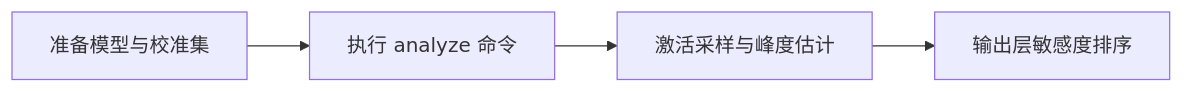
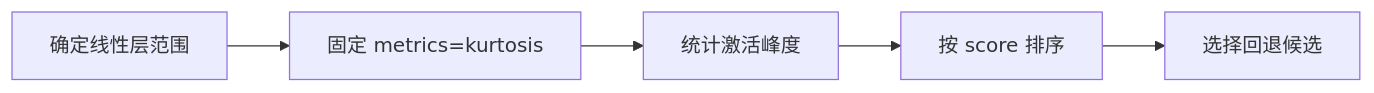
One commit to mindstudio-docs/master changed the diagram in msmodelslim/docs/zh/knowledge_base/quantization_algorithms/kurtosis/usage_kurtosis.md. Above: the diagram before and after it, drawn with Mermaid. The commit also changed other lines of this file and 73 other files, not shown here.

````diff
--- a/msmodelslim/docs/zh/knowledge_base/quantization_algorithms/kurtosis/usage_kurtosis.md
+++ b/msmodelslim/docs/zh/knowledge_base/quantization_algorithms/kurtosis/usage_kurtosis.md
@@ -40,6 +23,7 @@
 ```mermaid
 flowchart LR
-    A[准备模型与校准集] --> B[执行 analyze 命令]
-    B --> C[激活采样与峰度估计]
-    C --> D[输出层敏感度排序]
+    A[确定线性层范围] --> B[固定 metrics=kurtosis]
+    B[固定 metrics=kurtosis] --> C[统计激活峰度]
+    C[统计激活峰度] --> D[按 score 排序]
+    D[按 score 排序] --> E[选择回退候选]
 ```
````
